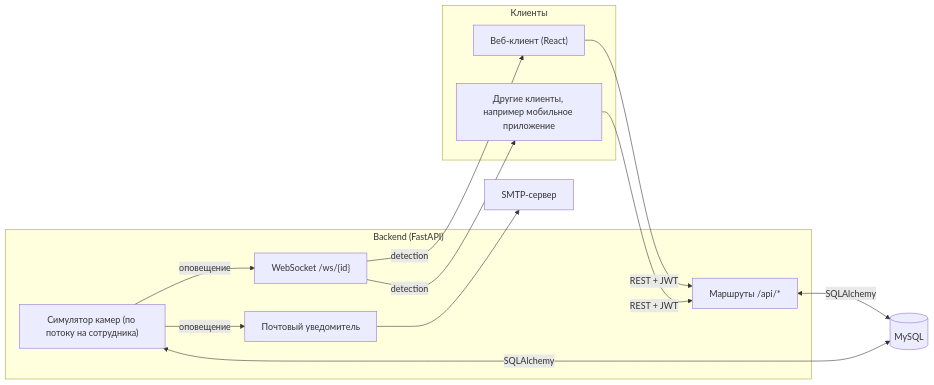
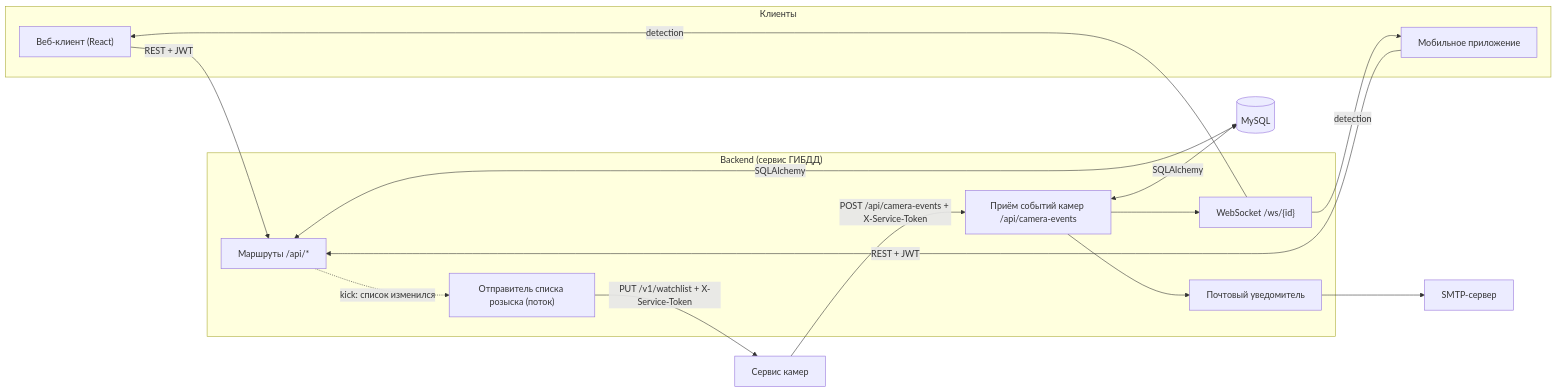
The diagram in backend/docs/architecture.md (BelozerovaA/gibdd-system), drawn with Mermaid before and after one commit. The commit also changed other lines of this file and 180 other files, not shown here.

````diff
--- a/backend/docs/architecture.md
+++ b/backend/docs/architecture.md
@@ -7,25 +9,30 @@
 ```mermaid
 flowchart LR
     subgraph clients["Клиенты"]
         W["Веб-клиент (React)"]
-        M["Другие клиенты, например мобильное приложение"]
+        M["Мобильное приложение"]
     end
-    subgraph backend["Backend (FastAPI)"]
+    subgraph backend["Backend (сервис ГИБДД)"]
         R["Маршруты /api/*"]
+        CE["Приём событий камер /api/camera-events"]
         WS["WebSocket /ws/{id}"]
-        S["Симулятор камер (по потоку на сотрудника)"]
+        P["Отправитель списка розыска (поток)"]
         E["Почтовый уведомитель"]
     end
     DB[("MySQL")]
+    K["Сервис камер"]
     SMTP["SMTP-сервер"]
 
     W -->|"REST + JWT"| R
     M -->|"REST + JWT"| R
     R <-->|"SQLAlchemy"| DB
-    S <-->|"SQLAlchemy"| DB
-    S -->|"оповещение"| WS
-    S -->|"оповещение"| E
+    CE <-->|"SQLAlchemy"| DB
+    K -->|"POST /api/camera-events + X-Service-Token"| CE
+    P -->|"PUT /v1/watchlist + X-Service-Token"| K
+    R -.->|"kick: список изменился"| P
+    CE --> WS
+    CE --> E
     WS -->|"detection"| W
     WS -->|"detection"| M
     E --> SMTP
 ```
````
